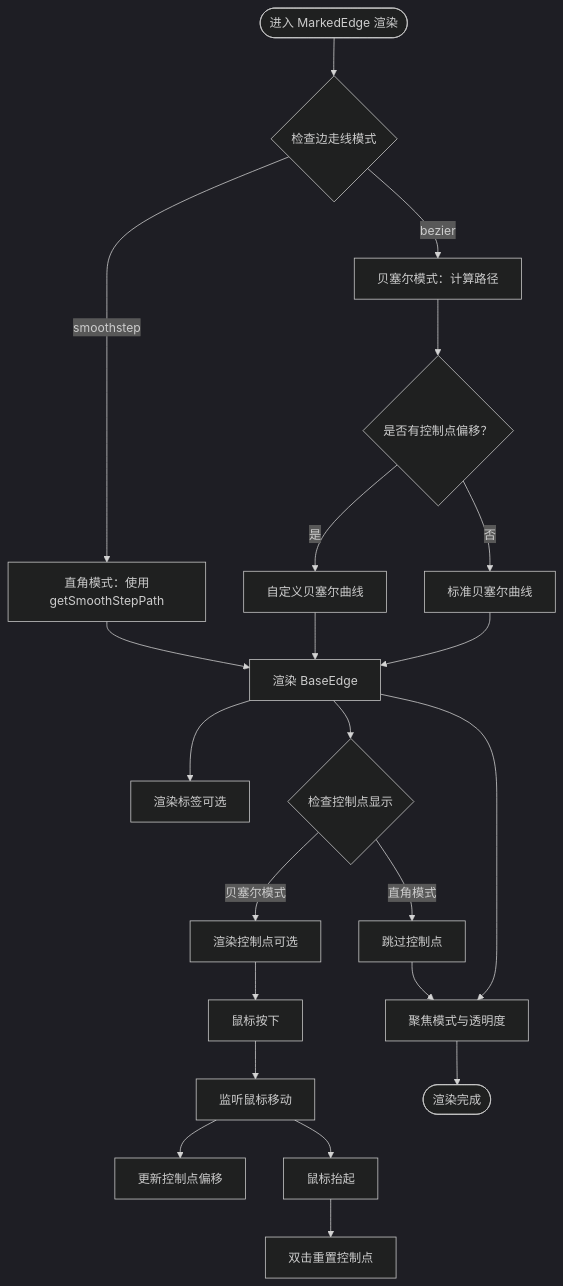
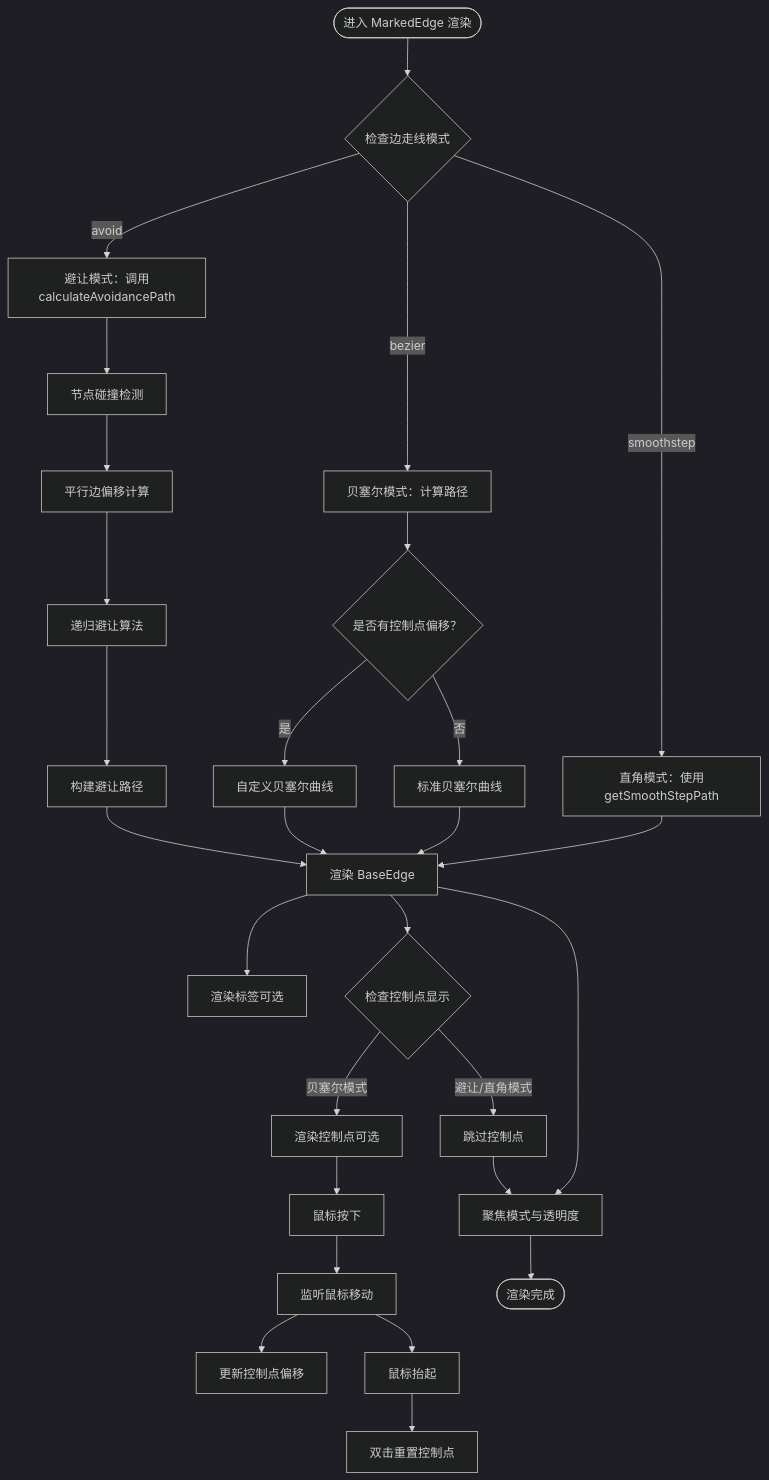
Before and after one commit to kqcoxn/MaaPipelineEditor: the third of 6 diagrams in .qoder/repowiki/zh/content/工作流编辑器/连接系统.md, drawn with Mermaid (dark theme). The commit also changed other lines of this file and 19 other files, not shown here.

````diff
--- a/.qoder/repowiki/zh/content/工作流编辑器/连接系统.md
+++ b/.qoder/repowiki/zh/content/工作流编辑器/连接系统.md
@@ -195,24 +211,30 @@
 ```mermaid
 flowchart TD
 Start(["进入 MarkedEdge 渲染"]) --> CheckMode{"检查边走线模式"}
+CheckMode --> |avoid| Avoidance["避让模式：调用calculateAvoidancePath"]
 CheckMode --> |smoothstep| SmoothStep["直角模式：使用getSmoothStepPath"]
 CheckMode --> |bezier| PathCalc["贝塞尔模式：计算路径"]
+Avoidance --> NodeCollision["节点碰撞检测"]
+NodeCollision --> ParallelEdges["平行边偏移计算"]
+ParallelEdges --> RecursiveAvoid["递归避让算法"]
+RecursiveAvoid --> BuildPath["构建避让路径"]
 PathCalc --> HasOffset{"是否有控制点偏移？"}
 HasOffset --> |是| CustomBezier["自定义贝塞尔曲线"]
 HasOffset --> |否| StandardBezier["标准贝塞尔曲线"]
-SmoothStep --> RenderEdge["渲染 BaseEdge"]
+BuildPath --> RenderEdge["渲染 BaseEdge"]
 CustomBezier --> RenderEdge
 StandardBezier --> RenderEdge
+SmoothStep --> RenderEdge
 RenderEdge --> RenderLabel["渲染标签可选"]
 RenderEdge --> ControlPointCheck{"检查控制点显示"}
 ControlPointCheck --> |贝塞尔模式| RenderControl["渲染控制点可选"]
-ControlPointCheck --> |直角模式| SkipControl["跳过控制点"]
+ControlPointCheck --> |避让/直角模式| SkipControl["跳过控制点"]
 RenderControl --> DragStart["鼠标按下"]
 DragStart --> MouseMove["监听鼠标移动"]
 MouseMove --> UpdateOffset["更新控制点偏移"]
 MouseMove --> DragEnd["鼠标抬起"]
 DragEnd --> Reset["双击重置控制点"]
 SkipControl --> Focus["聚焦模式与透明度"]
 RenderEdge --> Focus
 Focus --> End(["渲染完成"])
 ```
````
